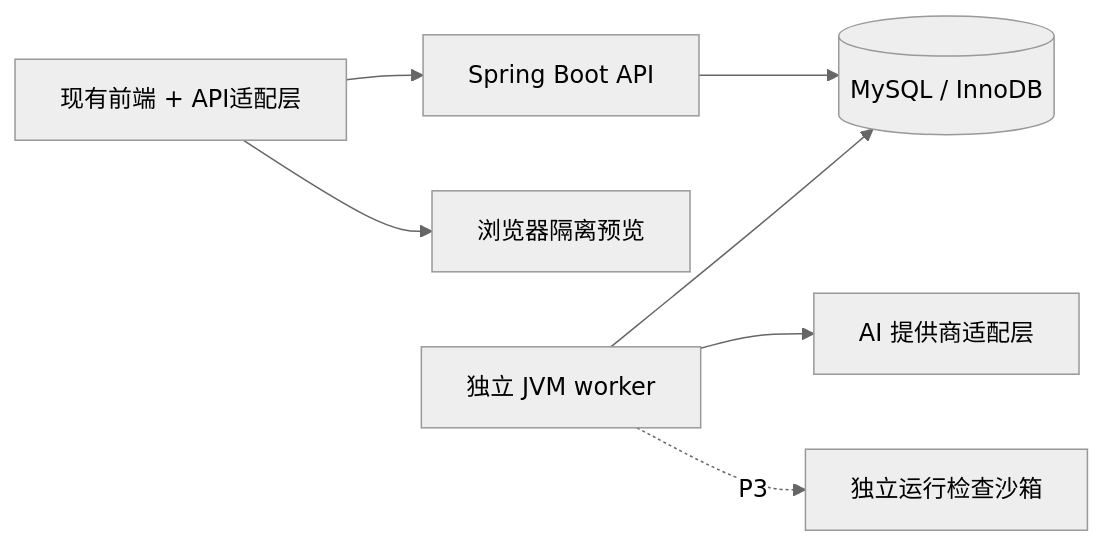
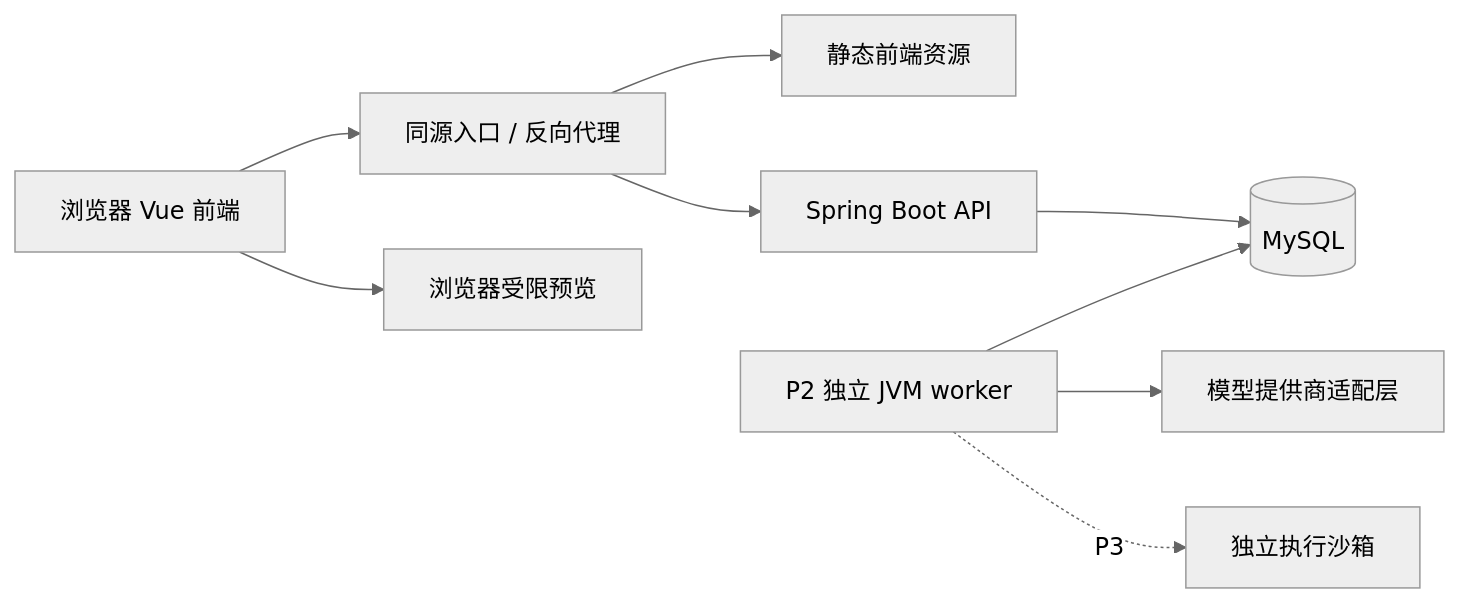
One commit to zz26max/constrained-ai-learning-platform changed the diagram in docs/DEVELOPMENT.md. Above: the diagram before and after it, drawn with Mermaid (neutral theme). The commit also changed other lines of this file and 16 other files, not shown here.

````diff
--- a/docs/DEVELOPMENT.md
+++ b/docs/DEVELOPMENT.md
@@ -110,9 +50,11 @@
 ```mermaid
 flowchart LR
-  F[现有前端 + API适配层] --> A[Spring Boot API]
-  F --> P[浏览器隔离预览]
-  A --> D[(MySQL / InnoDB)]
-  W[独立 JVM worker] --> D
-  W --> M[AI 提供商适配层]
-  W -. P3 .-> R[独立运行检查沙箱]
+  B[浏览器 Vue 前端] --> G[同源入口 / 反向代理]
+  G --> F[静态前端资源]
+  G --> A[Spring Boot API]
+  B --> P[浏览器受限预览]
+  A --> D[(MySQL)]
+  W[P2 独立 JVM worker] --> D
+  W --> M[模型提供商适配层]
+  W -. P3 .-> R[独立执行沙箱]
 ```
````
